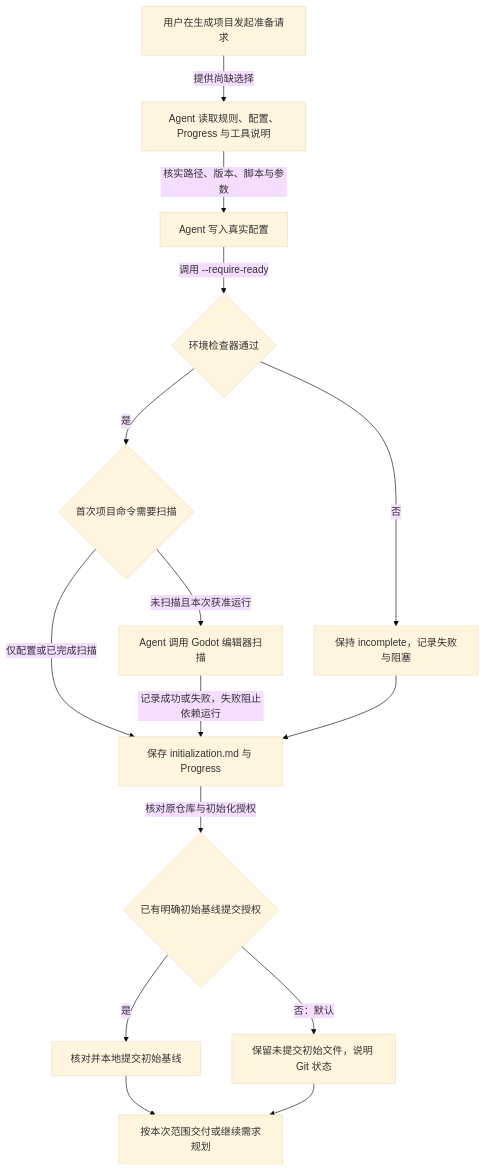
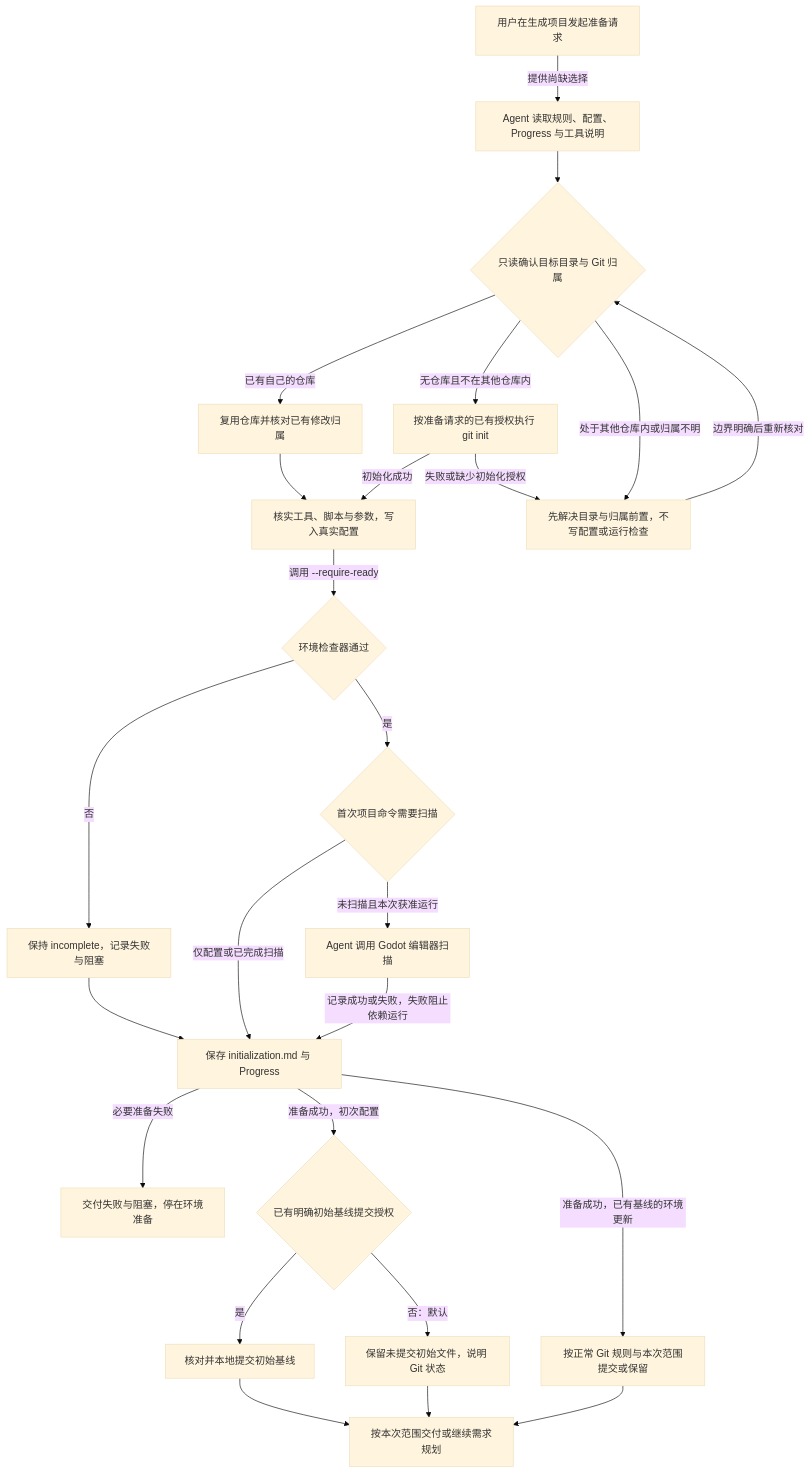
Before and after one commit to yxy823/Game_idle_yaya_frame: the diagram in framework/docs/blank-project/getting-started/first-use.md, drawn with Mermaid (base theme). The commit also changed other lines of this file and 7 other files, not shown here.

````diff
--- a/framework/docs/blank-project/getting-started/first-use.md
+++ b/framework/docs/blank-project/getting-started/first-use.md
@@ -9,17 +9,27 @@
 ```mermaid
 flowchart TD
     U[用户在生成项目发起准备请求] -->|提供尚缺选择| A[Agent 读取规则、配置、Progress 与工具说明]
-    A -->|核实路径、版本、脚本与参数| C[Agent 写入真实配置]
+    A --> O{只读确认目标目录与 Git 归属}
+    O -->|已有自己的仓库| E[复用仓库并核对已有修改归属]
+    O -->|无仓库且不在其他仓库内| I[按准备请求的已有授权执行 git init]
+    O -->|处于其他仓库内或归属不明| X[先解决目录与归属前置，不写配置或运行检查]
+    X -->|边界明确后重新核对| O
+    E --> C[核实工具、脚本与参数，写入真实配置]
+    I -->|初始化成功| C
+    I -->|失败或缺少初始化授权| X
     C -->|调用 --require-ready| V{环境检查器通过}
     V -->|否| F[保持 incomplete，记录失败与阻塞]
     V -->|是| S{首次项目命令需要扫描}
     S -->|仅配置或已完成扫描| R[保存 initialization.md 与 Progress]
     S -->|未扫描且本次获准运行| G[Agent 调用 Godot 编辑器扫描]
     G -->|记录成功或失败，失败阻止依赖运行| R
     F --> R
-    R -->|核对原仓库与初始化授权| B{已有明确初始基线提交授权}
+    R -->|必要准备失败| Z[交付失败与阻塞，停在环境准备]
+    R -->|准备成功，初次配置| B{已有明确初始基线提交授权}
+    R -->|准备成功，已有基线的环境更新| T[按正常 Git 规则与本次范围提交或保留]
     B -->|是| K[核对并本地提交初始基线]
     B -->|否：默认| W[保留未提交初始文件，说明 Git 状态]
     K --> N[按本次范围交付或继续需求规划]
     W --> N
+    T --> N
 ```
````
